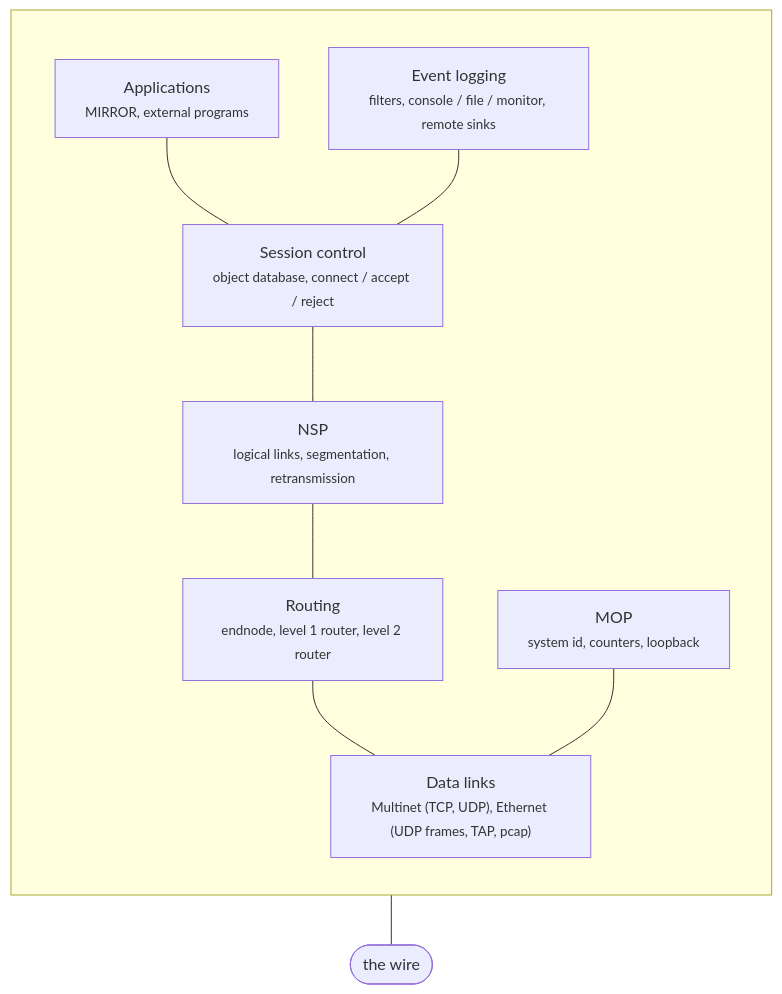
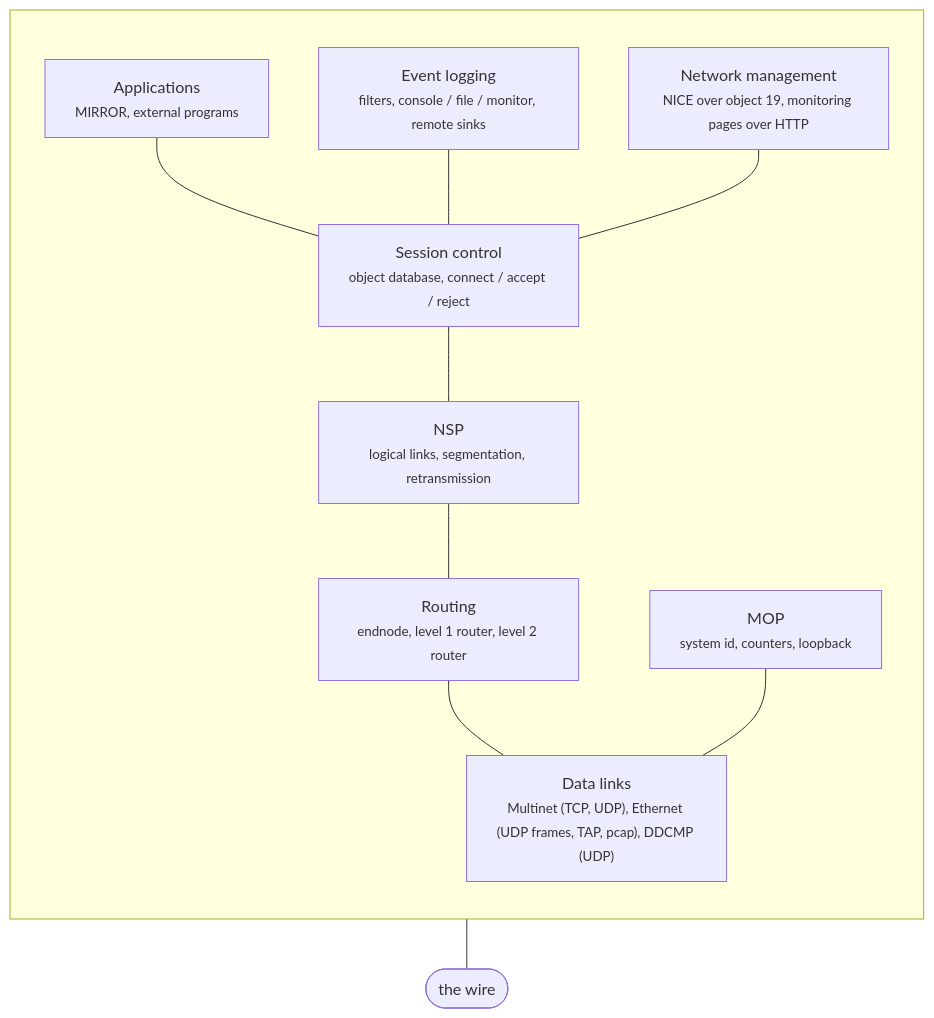
The diagram in README.md (RichardPar/cppdecnet), drawn with Mermaid before and after one commit. The commit also changed other lines of this file and 10 other files, not shown here.

````diff
--- a/README.md
+++ b/README.md
@@ -5,17 +5,19 @@
 ```mermaid
 flowchart TB
     subgraph done [" "]
       direction TB
       APP["Applications<br/><small>MIRROR, external programs</small>"]
       SC["Session control<br/><small>object database, connect / accept / reject</small>"]
       NSP["NSP<br/><small>logical links, segmentation, retransmission</small>"]
       RT["Routing<br/><small>endnode, level 1 router, level 2 router</small>"]
-      DL["Data links<br/><small>Multinet (TCP, UDP), Ethernet (UDP frames, TAP, pcap)</small>"]
+      DL["Data links<br/><small>Multinet (TCP, UDP), Ethernet (UDP frames, TAP, pcap), DDCMP (UDP)</small>"]
       APP --- SC --- NSP --- RT --- DL
       MOP["MOP<br/><small>system id, counters, loopback</small>"]
       MOP --- DL
       EV["Event logging<br/><small>filters, console / file / monitor, remote sinks</small>"]
       EV --- SC
+      NM["Network management<br/><small>NICE over object 19, monitoring pages over HTTP</small>"]
+      NM --- SC
     end
     DL --- WIRE(["the wire"])
 ```
````
